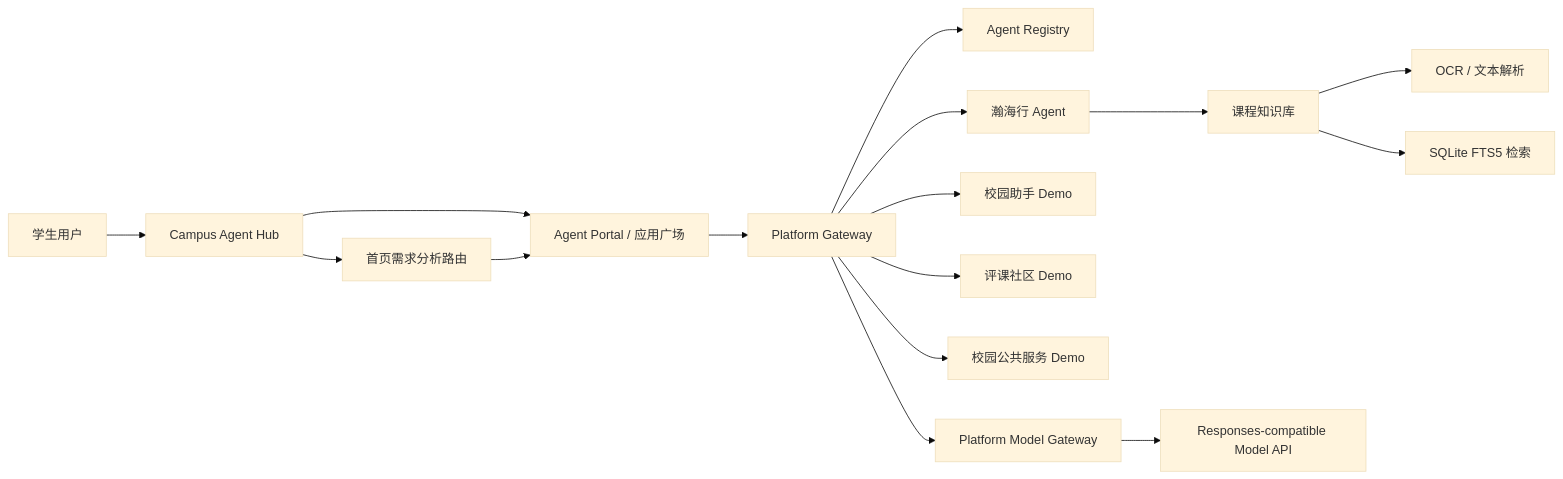
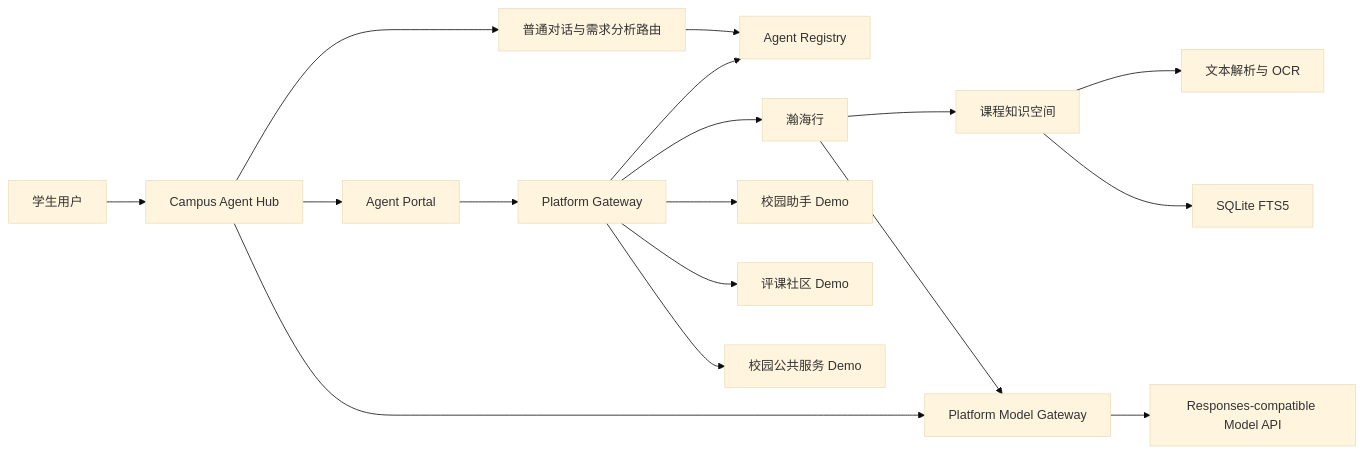
Before and after one commit to xytsakura/ai-for-better-life-in-ustc: the diagram in 设计文档.md, drawn with Mermaid (base theme). The commit also changed other lines of this file and 6 other files, not shown here.

````diff
--- a/设计文档.md
+++ b/设计文档.md
@@ -48,18 +70,19 @@
 ```mermaid
 flowchart LR
     U[学生用户] --> H[Campus Agent Hub]
-    H --> P[Agent Portal / 应用广场]
-    H --> R[首页需求分析路由]
+    H --> HOME[普通对话与需求分析路由]
+    H --> P[Agent Portal]
+    HOME --> REG[Agent Registry]
     P --> G[Platform Gateway]
-    R --> P
-    G --> REG[Agent Registry]
-    G --> A1[瀚海行 Agent]
+    G --> REG
+    G --> A1[瀚海行]
     G --> A2[校园助手 Demo]
     G --> A3[评课社区 Demo]
     G --> A4[校园公共服务 Demo]
-    A1 --> K[课程知识库]
-    K --> OCR[OCR / 文本解析]
-    K --> FTS[SQLite FTS5 检索]
-    G --> M[Platform Model Gateway]
-    M --> LLM[Responses-compatible Model API]
+    A1 --> KS[课程知识空间]
+    KS --> OCR[文本解析与 OCR]
+    KS --> FTS[SQLite FTS5]
+    H --> MG[Platform Model Gateway]
+    A1 --> MG
+    MG --> LLM[Responses-compatible Model API]
 ```
````
